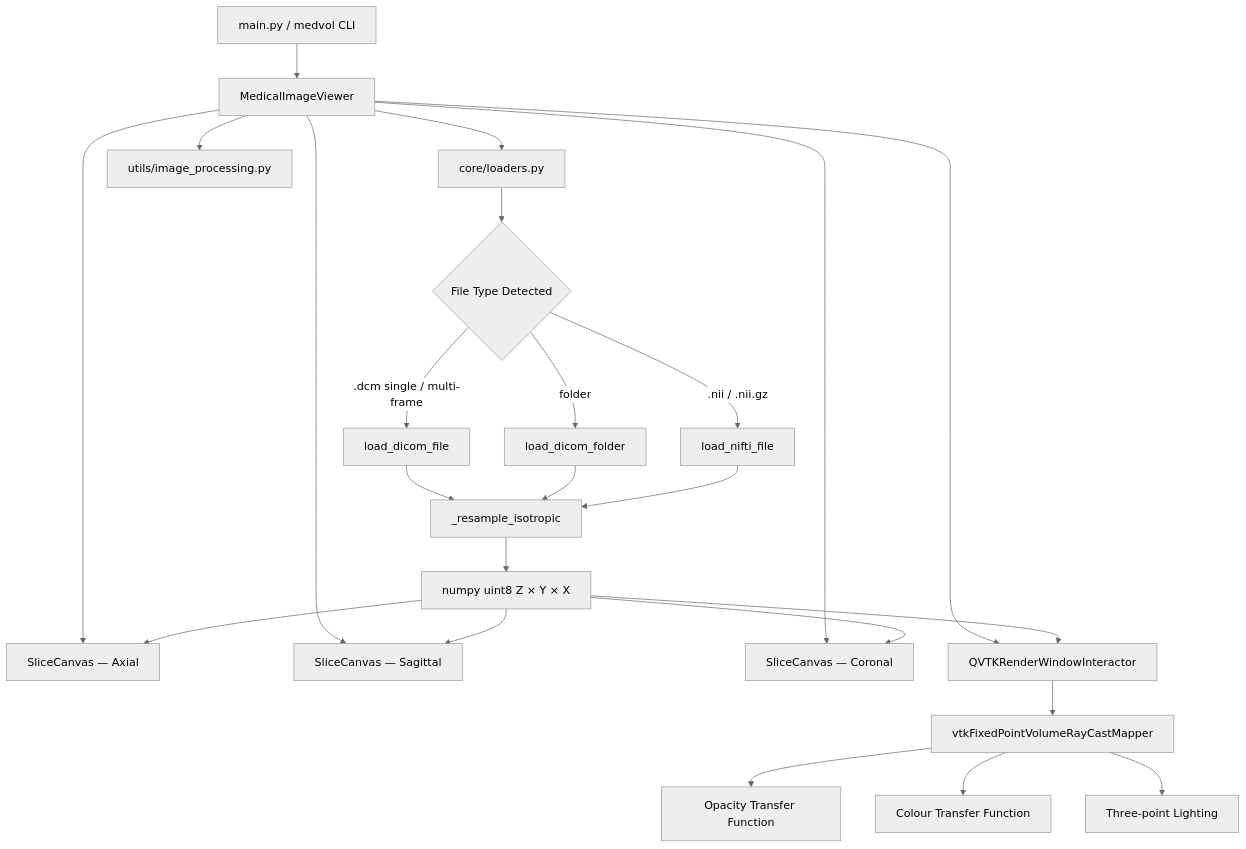
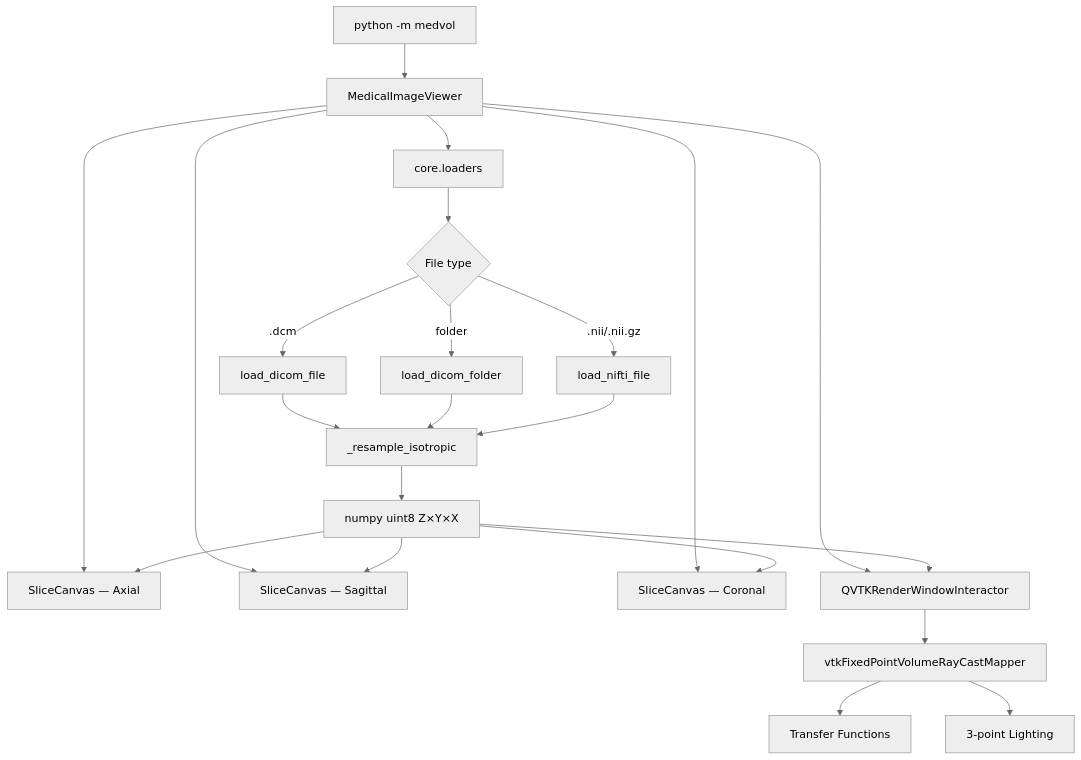
Before and after one commit to Kareem-Taha-05/medvol: the diagram in README.md, drawn with Mermaid (neutral theme). The commit also changed other lines of this file, not shown here.

````diff
--- a/README.md
+++ b/README.md
@@ -184,30 +172,28 @@
 ```mermaid
 graph TD
-    A[main.py / medvol CLI] --> B[MedicalImageViewer]
-    B --> C1[SliceCanvas — Axial]
-    B --> C2[SliceCanvas — Sagittal]
-    B --> C3[SliceCanvas — Coronal]
-    B --> D[QVTKRenderWindowInteractor]
-    B --> E[core/loaders.py]
-    B --> F[utils/image_processing.py]
+    A["python -m medvol"] --> B["MedicalImageViewer"]
+    B --> C1["SliceCanvas — Axial"]
+    B --> C2["SliceCanvas — Sagittal"]
+    B --> C3["SliceCanvas — Coronal"]
+    B --> D["QVTKRenderWindowInteractor"]
+    B --> E["core.loaders"]
 
-    E --> G{File Type Detected}
-    G -->|.dcm single / multi-frame| H[load_dicom_file]
-    G -->|folder| I[load_dicom_folder]
-    G -->|.nii / .nii.gz| J[load_nifti_file]
+    E --> G{File type}
+    G -->|".dcm"| H["load_dicom_file"]
+    G -->|"folder"| I["load_dicom_folder"]
+    G -->|".nii/.nii.gz"| J["load_nifti_file"]
 
-    H --> K[_resample_isotropic]
+    H --> K["_resample_isotropic"]
     I --> K
     J --> K
 
-    K --> L["numpy uint8  Z × Y × X"]
+    K --> L["numpy uint8  Z×Y×X"]
     L --> C1
     L --> C2
     L --> C3
     L --> D
 
-    D --> M[vtkFixedPointVolumeRayCastMapper]
-    M --> N[Opacity Transfer Function]
-    M --> O[Colour Transfer Function]
-    M --> P[Three-point Lighting]
+    D --> M["vtkFixedPointVolumeRayCastMapper"]
+    M --> N["Transfer Functions"]
+    M --> O["3-point Lighting"]
 ```
````
